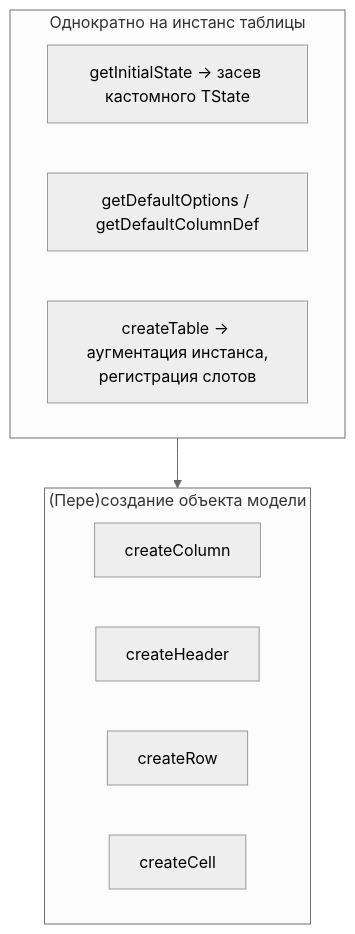
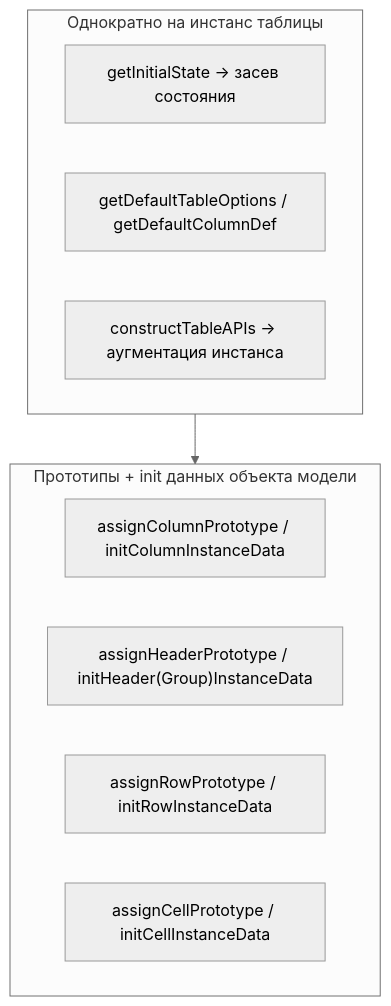
The first of 2 diagrams in docs/architecture/plugins-and-slots.md (tessera-grid/tessera), drawn with Mermaid (neutral theme) before and after one commit. The commit also changed other lines of this file and 9 other files, not shown here.

````diff
--- a/docs/architecture/plugins-and-slots.md
+++ b/docs/architecture/plugins-and-slots.md
@@ -29,15 +38,15 @@
 ```mermaid
 flowchart TB
     subgraph once["Однократно на инстанс таблицы"]
-        GIS["getInitialState → засев кастомного TState"]
-        GDO["getDefaultOptions / getDefaultColumnDef"]
-        CT["createTable → аугментация инстанса,<br/>регистрация слотов"]
+        GIS["getInitialState → засев состояния"]
+        GDO["getDefaultTableOptions / getDefaultColumnDef"]
+        CT["constructTableAPIs → аугментация инстанса"]
     end
-    subgraph per["(Пере)создание объекта модели"]
-        CCOL["createColumn"]
-        CH["createHeader"]
-        CR["createRow"]
-        CC["createCell"]
+    subgraph per["Прототипы + init данных объекта модели"]
+        CCOL["assignColumnPrototype / initColumnInstanceData"]
+        CH["assignHeaderPrototype / initHeader(Group)InstanceData"]
+        CR["assignRowPrototype / initRowInstanceData"]
+        CC["assignCellPrototype / initCellInstanceData"]
     end
     once --> per
 ```
````
